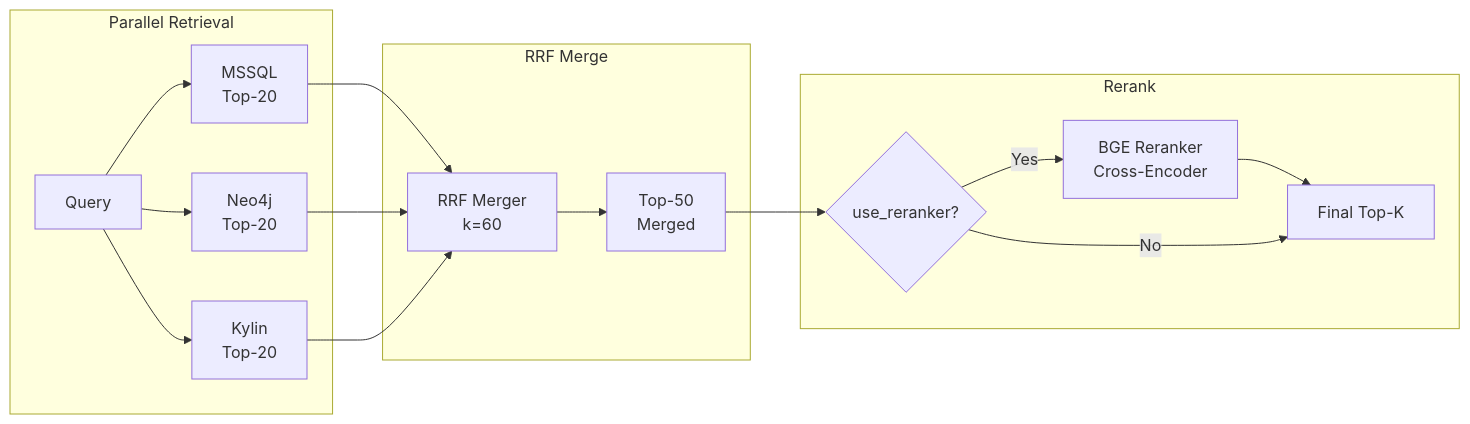
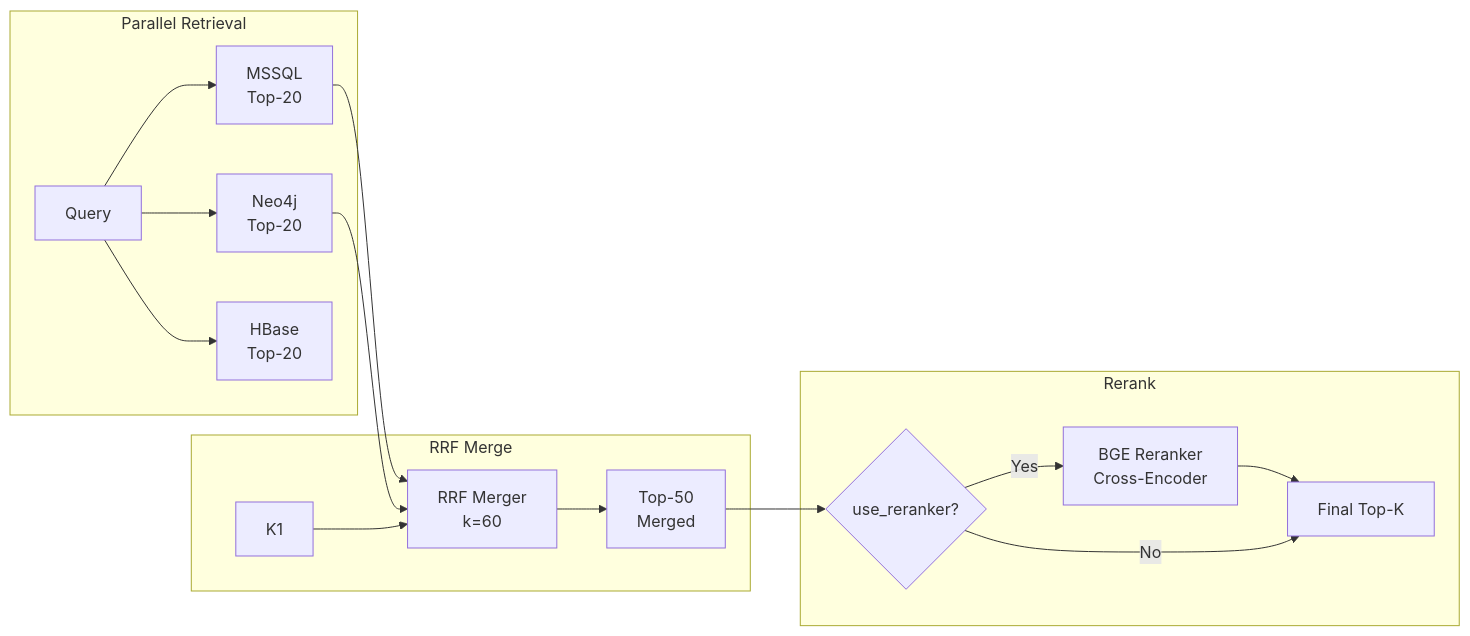
The third of 3 diagrams in Plan.md (ydkulks/SemanticSearchEngine), drawn with Mermaid before and after one commit. The commit also changed other lines of this file and 4 other files, not shown here.

````diff
--- a/Plan.md
+++ b/Plan.md
@@ -228,22 +228,22 @@
 ```mermaid
 graph LR
     subgraph "Parallel Retrieval"
         Q1[Query] --> MSSQL1[MSSQL<br/>Top-20]
         Q1 --> N4J1[Neo4j<br/>Top-20]
-        Q1 --> K1[Kylin<br/>Top-20]
+        Q1 --> H1[HBase<br/>Top-20]
     end
 
     subgraph "RRF Merge"
         MSSQL1 --> RRF[RRF Merger<br/>k=60]
         N4J1 --> RRF
         K1 --> RRF
         RRF --> RRF20[Top-50<br/>Merged]
     end
 
     subgraph "Rerank"
         RRF20 --> RERANK{use_reranker?}
         RERANK -->|Yes| BGE[BGE Reranker<br/>Cross-Encoder]
         BGE --> FINAL[Final Top-K]
         RERANK -->|No| FINAL
     end
 ```
````
